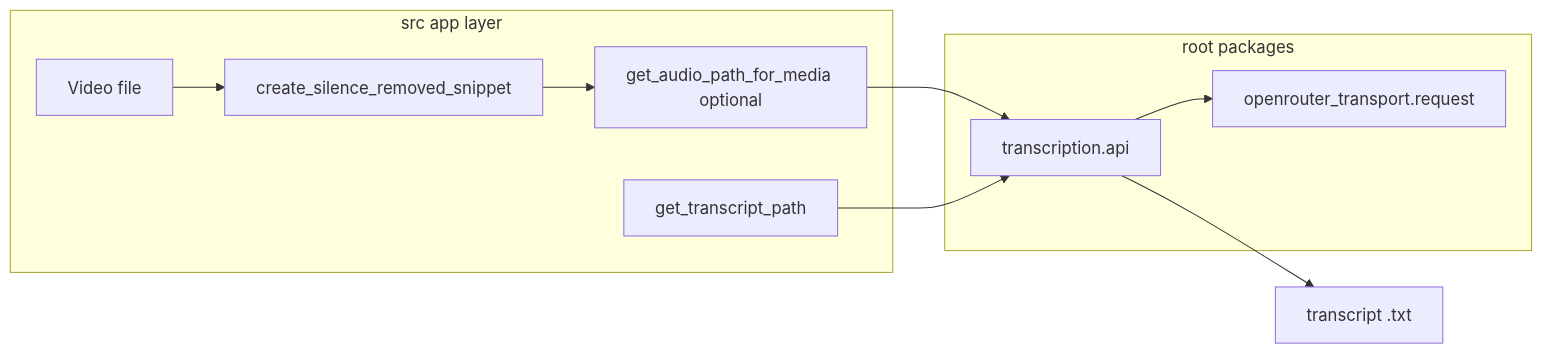
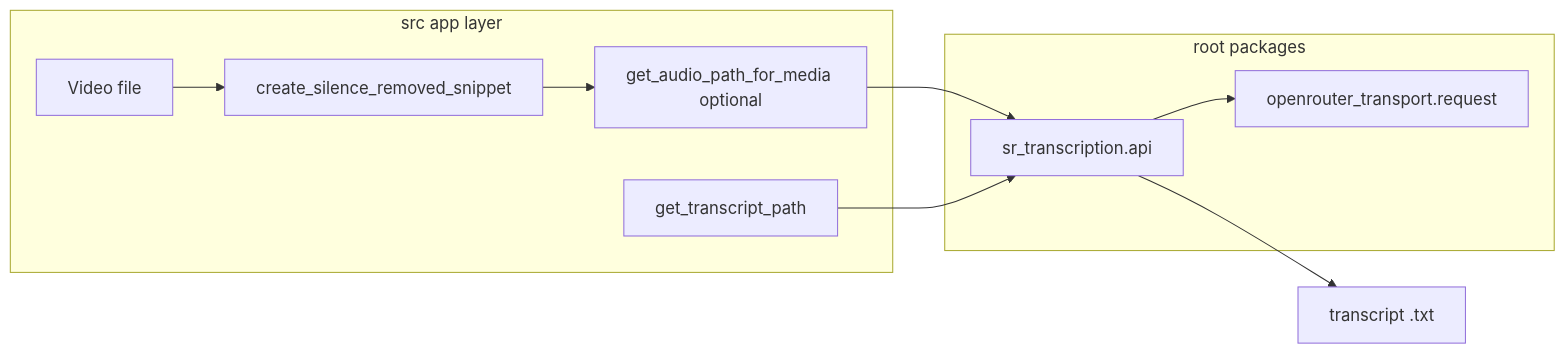
The diagram in PLAN.md (mahmoud-drwsh/SilenceRemover), drawn with Mermaid before and after one commit. The commit also changed other lines of this file and 4 other files, not shown here.

````diff
--- a/PLAN.md
+++ b/PLAN.md
@@ -190,19 +190,19 @@
 ```mermaid
 flowchart LR
   subgraph appLayer [src app layer]
     video[Video file]
     trim[create_silence_removed_snippet]
     resolve[get_audio_path_for_media optional]
     paths[get_transcript_path]
   end
   subgraph rootPkgs [root packages]
-    tr[transcription.api]
+    tr[sr_transcription.api]
     orm[openrouter_transport.request]
   end
   video --> trim
   trim --> resolve
   resolve --> tr
   paths --> tr
   tr --> orm
   tr --> txt[transcript .txt]
 ```
````
